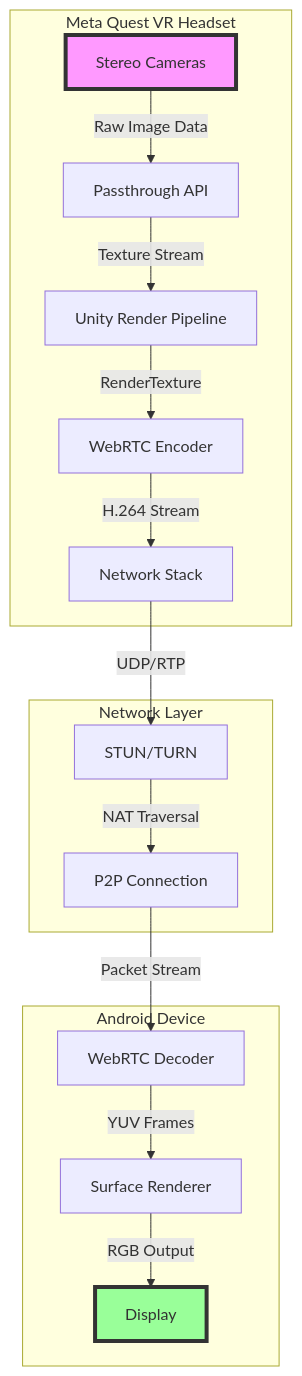
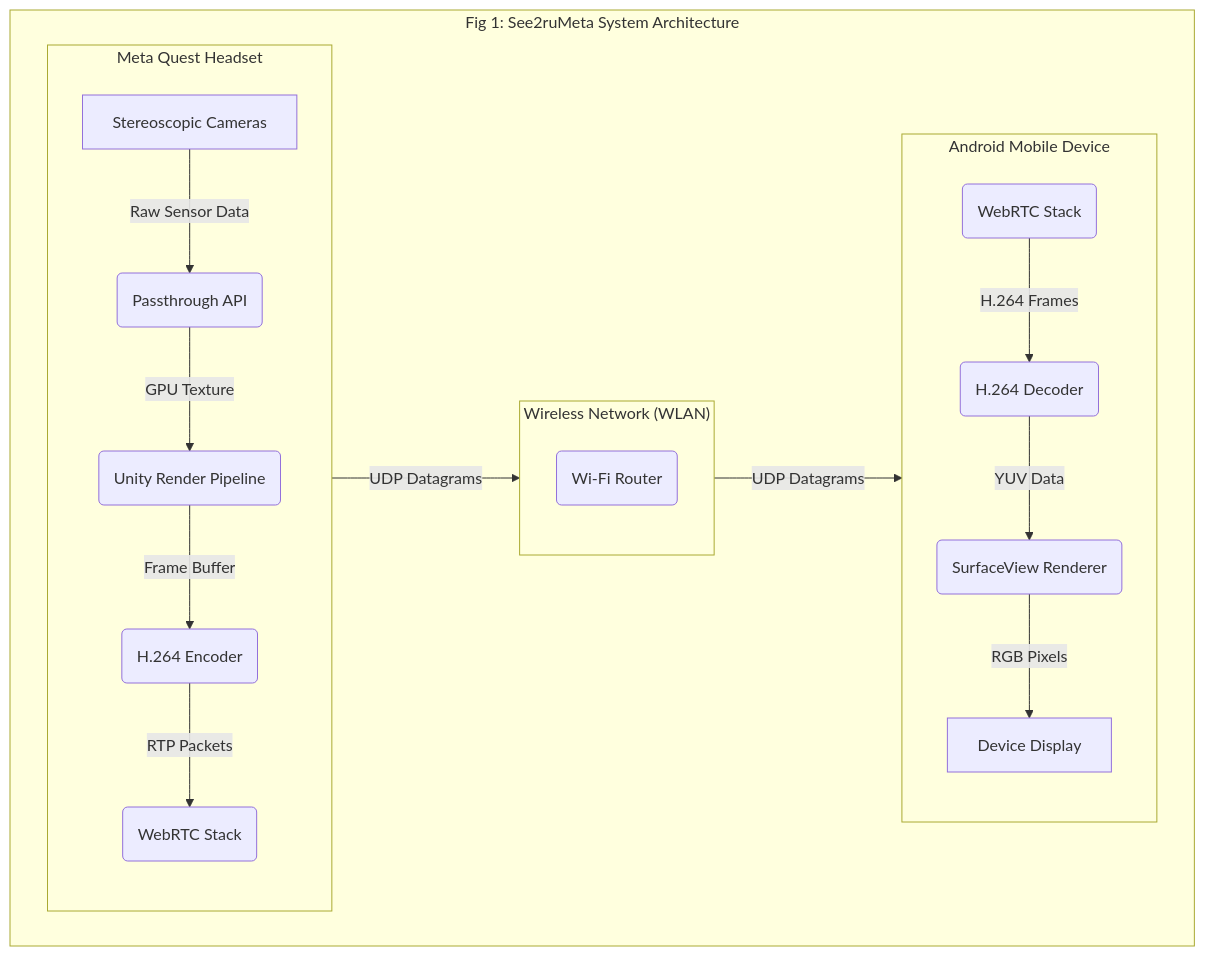
Before and after one commit to kier007/See2ruMeta: the first of 3 diagrams in README.md, drawn with Mermaid. The commit also changed other lines of this file, not shown here.

````diff
--- a/README.md
+++ b/README.md
@@ -26,23 +30,24 @@
 ```mermaid
-graph TB
-    subgraph "Meta Quest VR Headset"
-        A[Stereo Cameras] -->|Raw Image Data| B[Passthrough API]
-        B -->|Texture Stream| C[Unity Render Pipeline]
-        C -->|RenderTexture| D[WebRTC Encoder]
-        D -->|H.264 Stream| E[Network Stack]
+graph TD
+    subgraph "Fig 1: See2ruMeta System Architecture"
+        direction LR
+        subgraph "Meta Quest Headset"
+            direction TB
+            A[Stereoscopic Cameras] -->|Raw Sensor Data| B(Passthrough API)
+            B -->|GPU Texture| C(Unity Render Pipeline)
+            C -->|Frame Buffer| D(H.264 Encoder)
+            D -->|RTP Packets| E(WebRTC Stack)
+        end
+        subgraph "Wireless Network (WLAN)"
+            direction TB
+            E -->|UDP Datagrams| F(Wi-Fi Router)
+        end
+        subgraph "Android Mobile Device"
+            direction TB
+            F -->|UDP Datagrams| G(WebRTC Stack)
+            G -->|H.264 Frames| H(H.264 Decoder)
+            H -->|YUV Data| I(SurfaceView Renderer)
+            I -->|RGB Pixels| J[Device Display]
+        end
     end
-    
-    subgraph "Network Layer"
-        E -->|UDP/RTP| F[STUN/TURN]
-        F -->|NAT Traversal| G[P2P Connection]
-    end
-    
-    subgraph "Android Device"
-        G -->|Packet Stream| H[WebRTC Decoder]
-        H -->|YUV Frames| I[Surface Renderer]
-        I -->|RGB Output| J[Display]
-    end
-    
-    style A fill:#f9f,stroke:#333,stroke-width:4px
-    style J fill:#9f9,stroke:#333,stroke-width:4px
 ```
````
